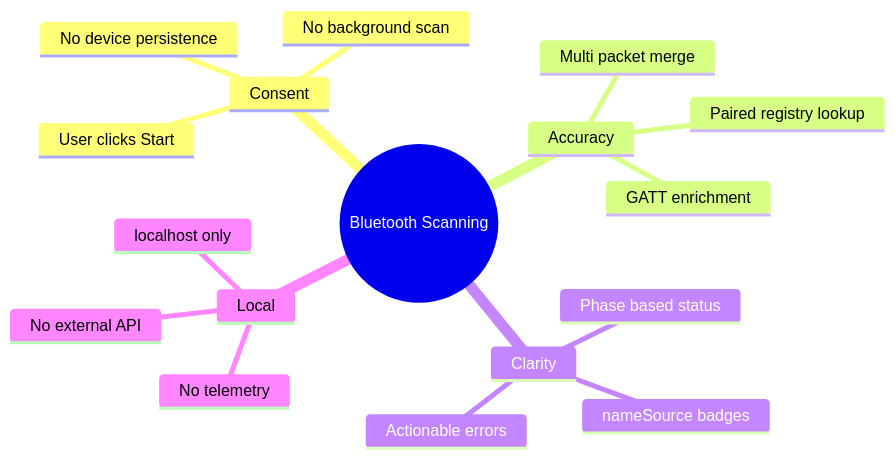
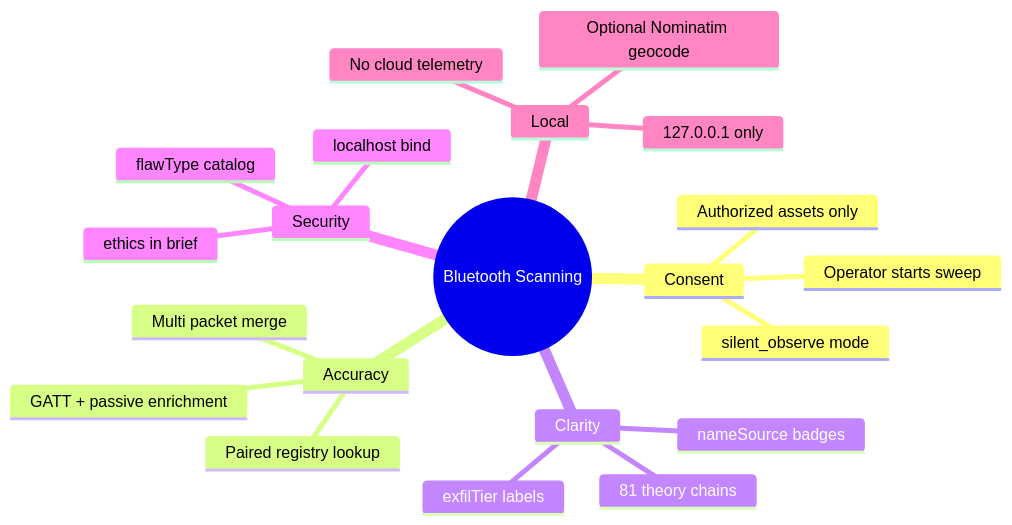
The sixth of 6 diagrams in README.md (shep95/bluetooth-scanning), drawn with Mermaid before and after one commit. The commit also changed other lines of this file and 9 other files, not shown here.

First line of the commit message:
Add unified theory corpus, passive/GATT intel HUD, and security flaw documentation.

````diff
--- a/README.md
+++ b/README.md
@@ -446,20 +530,24 @@
 ```mermaid
 mindmap
   root((Bluetooth Scanning))
     Consent
-      User clicks Start
-      No background scan
-      No device persistence
+      Operator starts sweep
+      silent_observe mode
+      Authorized assets only
     Accuracy
       Multi packet merge
       Paired registry lookup
-      GATT enrichment
+      GATT + passive enrichment
     Clarity
       nameSource badges
-      Phase based status
-      Actionable errors
+      exfilTier labels
+      81 theory chains
+    Security
+      localhost bind
+      flawType catalog
+      ethics in brief
     Local
-      localhost only
-      No external API
-      No telemetry
+      127.0.0.1 only
+      No cloud telemetry
+      Optional Nominatim geocode
 ```
````
